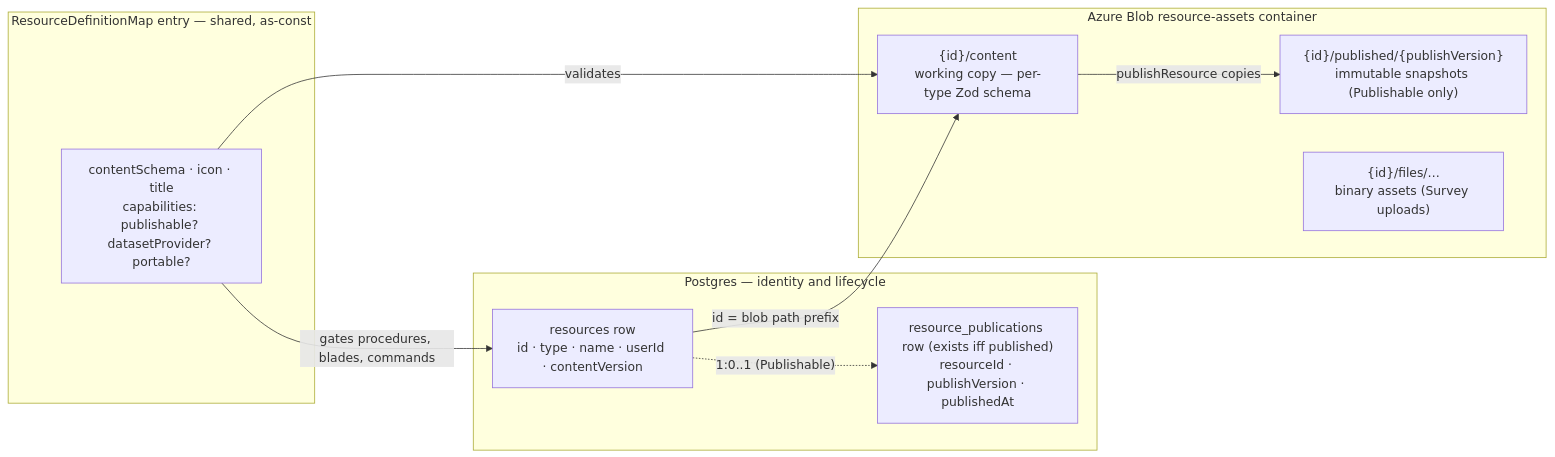
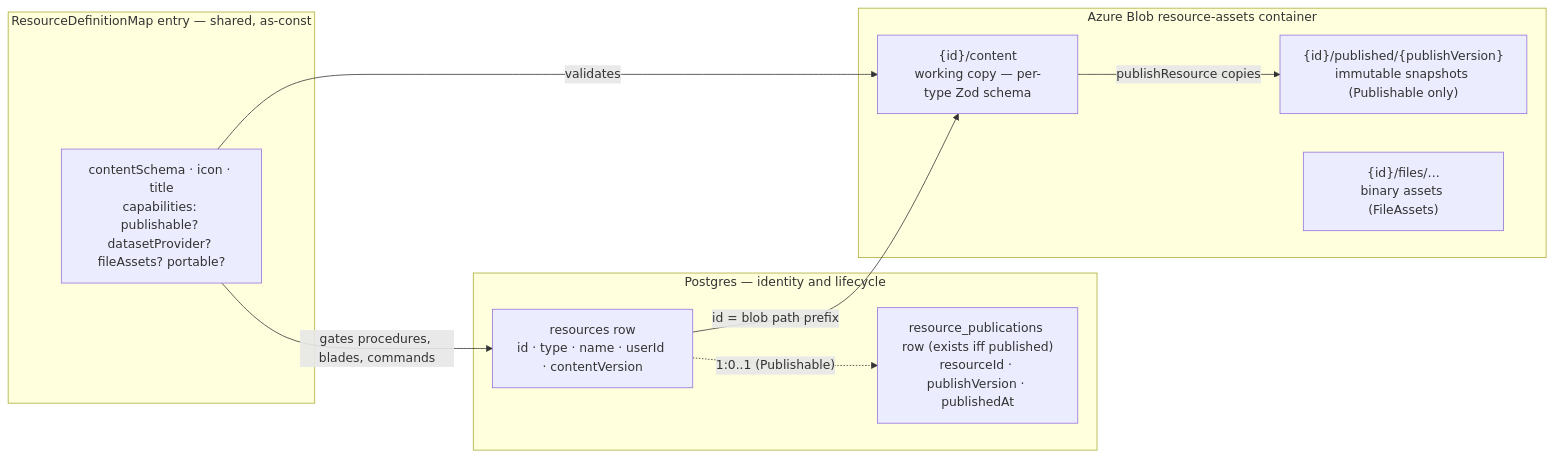
One commit to Esposter/Esposter changed the first of 2 diagrams in packages/app/content/docs/architecture/resources.md. Above: the diagram before and after it, drawn with Mermaid. The commit also changed other lines of this file and 56 other files, not shown here.

````diff
--- a/packages/app/content/docs/architecture/resources.md
+++ b/packages/app/content/docs/architecture/resources.md
@@ -14,23 +14,23 @@
 ```mermaid
 flowchart LR
   subgraph pg [Postgres — identity and lifecycle]
     ROW["resources row<br/>id · type · name · userId · contentVersion"]
     PUBROW["resource_publications row (exists iff published)<br/>resourceId · publishVersion · publishedAt"]
     ROW -. "1:0..1 (Publishable)" .-> PUBROW
   end
 
   subgraph blob [Azure Blob resource-assets container]
     CONTENT["{id}/content<br/>working copy — per-type Zod schema"]
     PUB["{id}/published/{publishVersion}<br/>immutable snapshots (Publishable only)"]
-    FILES["{id}/files/…<br/>binary assets (Survey uploads)"]
+    FILES["{id}/files/…<br/>binary assets (FileAssets)"]
   end
 
   subgraph def [ResourceDefinitionMap entry — shared, as-const]
-    D["contentSchema · icon · title<br/>capabilities: publishable? datasetProvider? portable?"]
+    D["contentSchema · icon · title<br/>capabilities: publishable? datasetProvider? fileAssets? portable?"]
   end
 
   ROW -- "id = blob path prefix" --> CONTENT
   CONTENT -- "publishResource copies" --> PUB
   D -- "validates" --> CONTENT
   D -- "gates procedures, blades, commands" --> ROW
 ```
````
